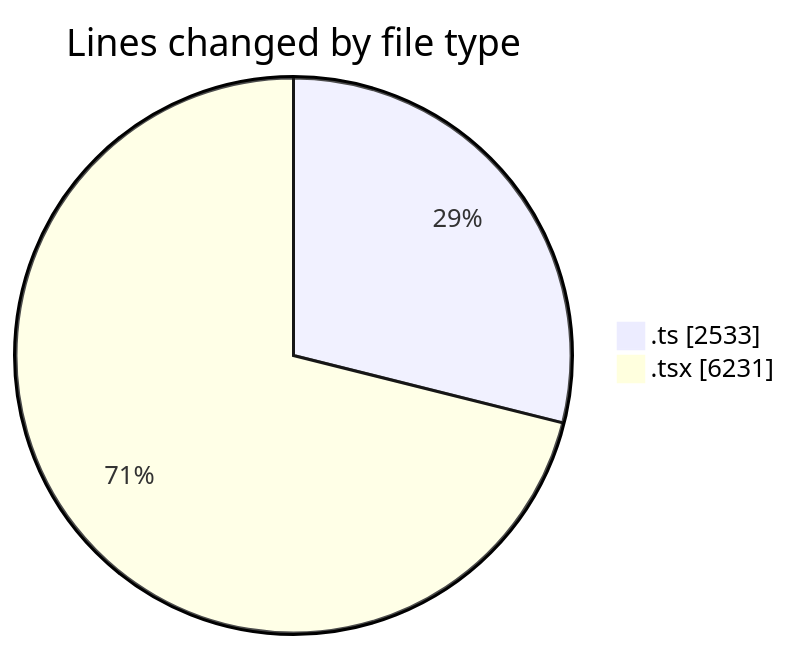
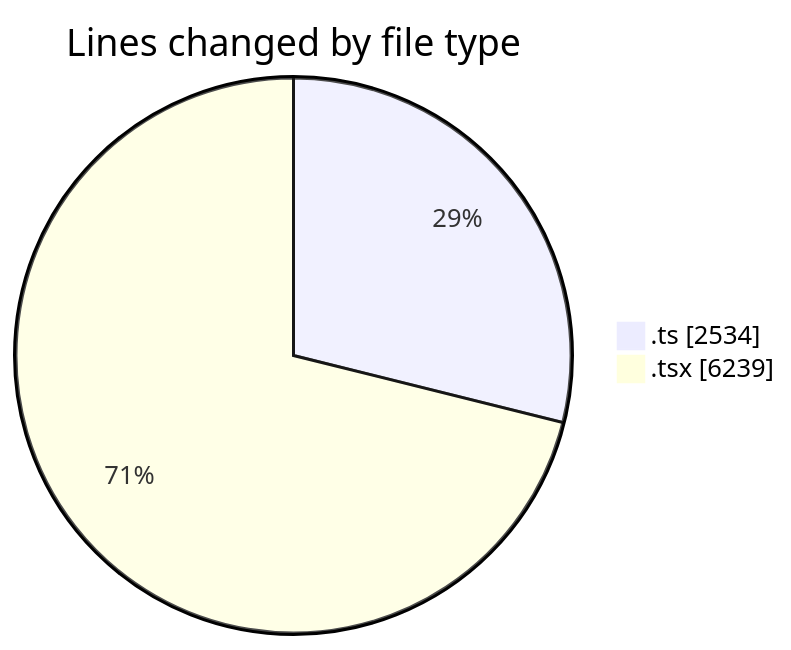
One commit to momahboobian/code-tracking changed the first of 2 diagrams in 2025-07-01/cda/README.md. Above: the diagram before and after it, drawn with Mermaid. The commit also changed other lines of this file and 1 other file, not shown here.

````diff
--- a/2025-07-01/cda/README.md
+++ b/2025-07-01/cda/README.md
@@ -44,6 +44,6 @@
 ```mermaid
 pie showData
 title Lines changed by file type
-".ts" : 2533
-".tsx" : 6231
+".ts" : 2534
+".tsx" : 6239
 ```
````
